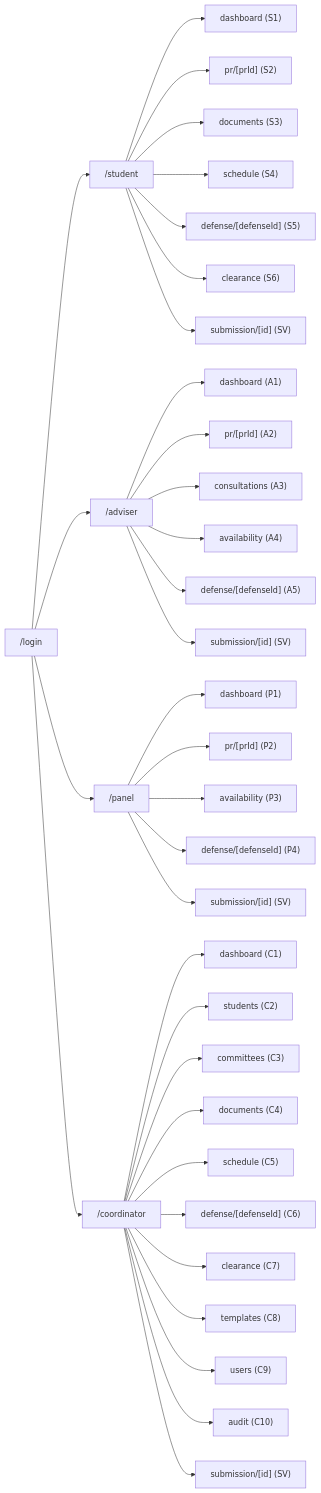
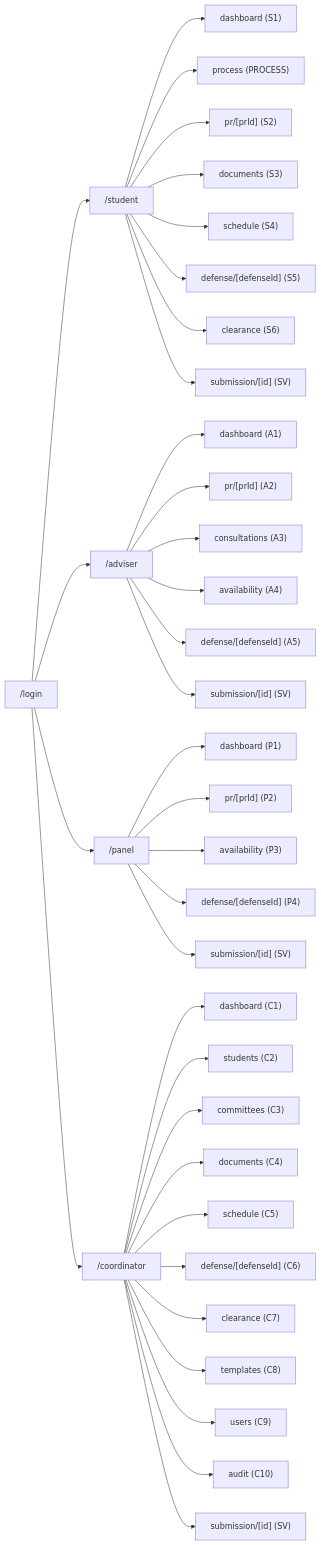
One commit to nanashi2802/Graduate-Thesis-Progress-System changed the diagram in spec/SITEMAP.md. Above: the diagram before and after it, drawn with Mermaid. The commit also changed other lines of this file and 95 other files, not shown here.

````diff
--- a/spec/SITEMAP.md
+++ b/spec/SITEMAP.md
@@ -73,41 +74,42 @@
 ```mermaid
 flowchart LR
     L["/login"]
     L --> S["/student"]
     L --> A["/adviser"]
     L --> P["/panel"]
     L --> C["/coordinator"]
 
     S --> S1["dashboard (S1)"]
+    S --> SP["process (PROCESS)"]
     S --> S2["pr/[prId] (S2)"]
     S --> S3["documents (S3)"]
     S --> S4["schedule (S4)"]
     S --> S5["defense/[defenseId] (S5)"]
     S --> S6["clearance (S6)"]
     S --> SVs["submission/[id] (SV)"]
 
     A --> A1["dashboard (A1)"]
     A --> A2["pr/[prId] (A2)"]
     A --> A3["consultations (A3)"]
     A --> A4["availability (A4)"]
     A --> A5["defense/[defenseId] (A5)"]
     A --> SVa["submission/[id] (SV)"]
 
     P --> P1["dashboard (P1)"]
     P --> P2["pr/[prId] (P2)"]
     P --> P3["availability (P3)"]
     P --> P4["defense/[defenseId] (P4)"]
     P --> SVp["submission/[id] (SV)"]
 
     C --> C1["dashboard (C1)"]
     C --> C2["students (C2)"]
     C --> C3["committees (C3)"]
     C --> C4["documents (C4)"]
     C --> C5["schedule (C5)"]
     C --> C6["defense/[defenseId] (C6)"]
     C --> C7["clearance (C7)"]
     C --> C8["templates (C8)"]
     C --> C9["users (C9)"]
     C --> C10["audit (C10)"]
     C --> SVc["submission/[id] (SV)"]
 ```
````
